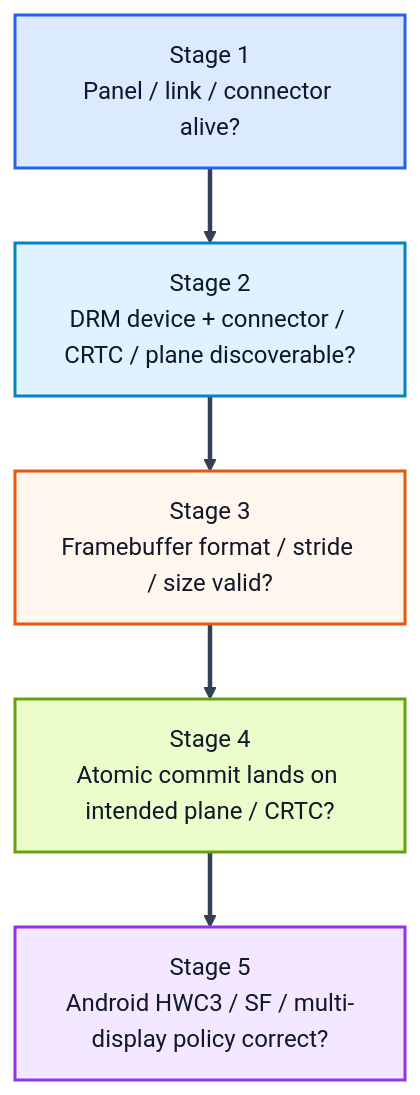
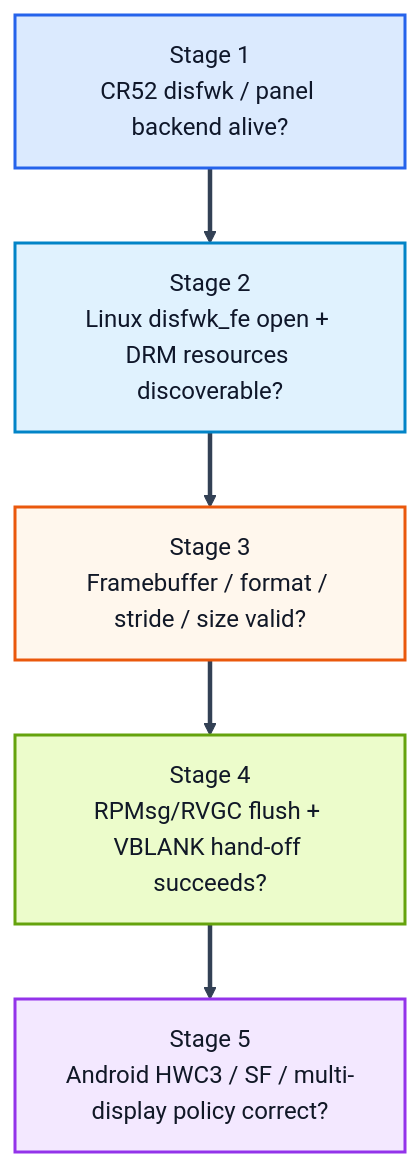
One commit to jaeha-lee90/jaeha-lee90.github.io changed the diagram in assets/mermaid/r-company/x5h-day59-diagram-02.mmd. Above: the diagram before and after it, drawn with Mermaid. The commit also changed 8 other files, not shown here.

Commit message:
Refine X5H Day59 display ownership and debug flow

```diff
--- a/assets/mermaid/r-company/x5h-day59-diagram-02.mmd
+++ b/assets/mermaid/r-company/x5h-day59-diagram-02.mmd
@@ -1,10 +1,10 @@
 flowchart TB
-    S1["Stage 1\nPanel / link / connector alive?"] --> S2["Stage 2\nDRM device + connector / CRTC / plane discoverable?"] --> S3["Stage 3\nFramebuffer format / stride / size valid?"] --> S4["Stage 4\nAtomic commit lands on intended plane / CRTC?"] --> S5["Stage 5\nAndroid HWC3 / SF / multi-display policy correct?"]
+    S1["Stage 1\nCR52 disfwk / panel backend alive?"] --> S2["Stage 2\nLinux disfwk_fe open + DRM resources discoverable?"] --> S3["Stage 3\nFramebuffer / format / stride / size valid?"] --> S4["Stage 4\nRPMsg/RVGC flush + VBLANK hand-off succeeds?"] --> S5["Stage 5\nAndroid HWC3 / SF / multi-display policy correct?"]
 
     classDef s1 fill:#DBEAFE,stroke:#2563EB,stroke-width:2px,color:#0F172A;
     classDef s2 fill:#E0F2FE,stroke:#0284C7,stroke-width:2px,color:#0F172A;
     classDef s3 fill:#FFF7ED,stroke:#EA580C,stroke-width:2px,color:#111827;
     classDef s4 fill:#ECFCCB,stroke:#65A30D,stroke-width:2px,color:#111827;
     classDef s5 fill:#F3E8FF,stroke:#9333EA,stroke-width:2px,color:#111827;
     class S1 s1; class S2 s2; class S3 s3; class S4 s4; class S5 s5;
     linkStyle 0,1,2,3 stroke:#334155,stroke-width:3px;
```
